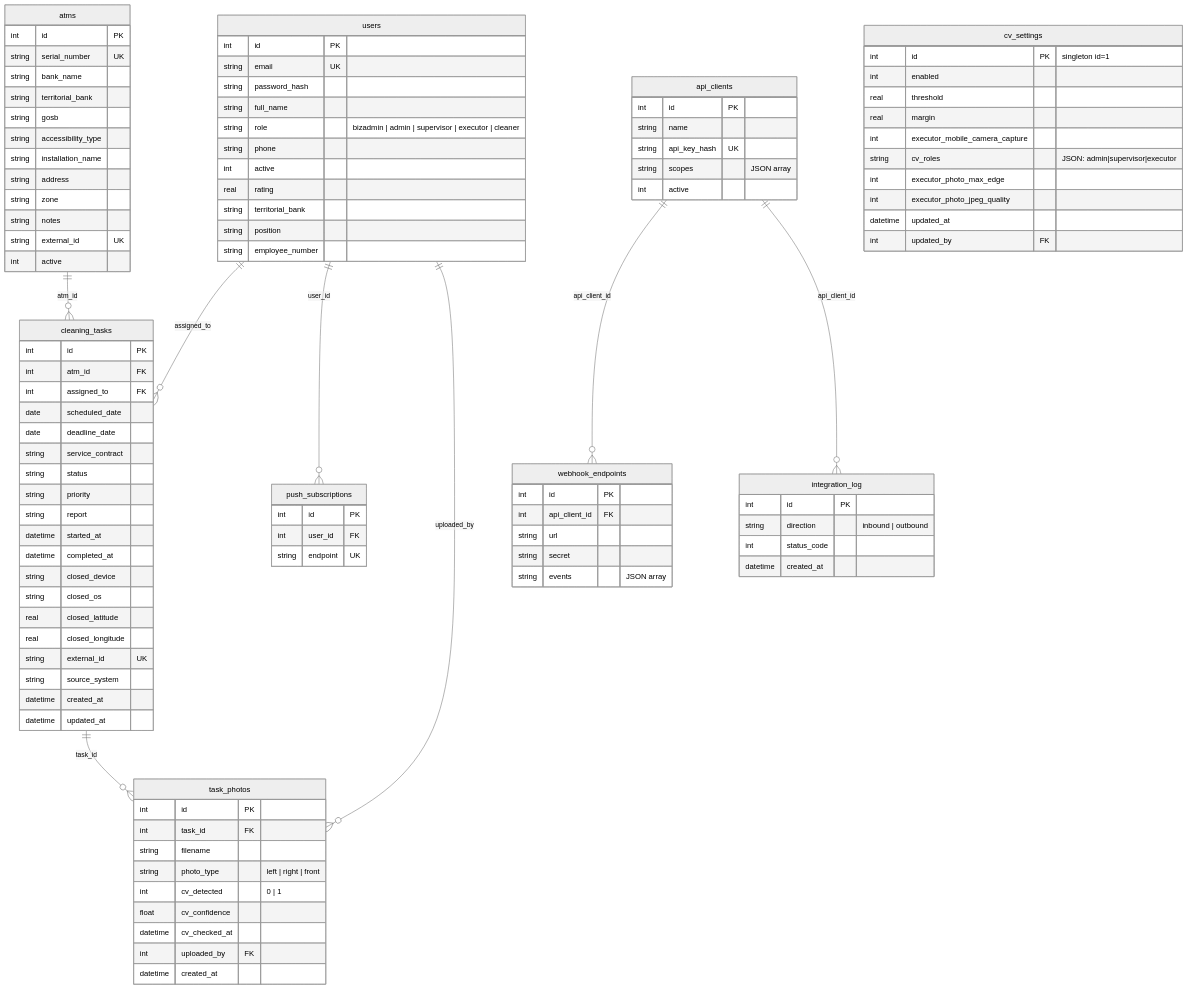
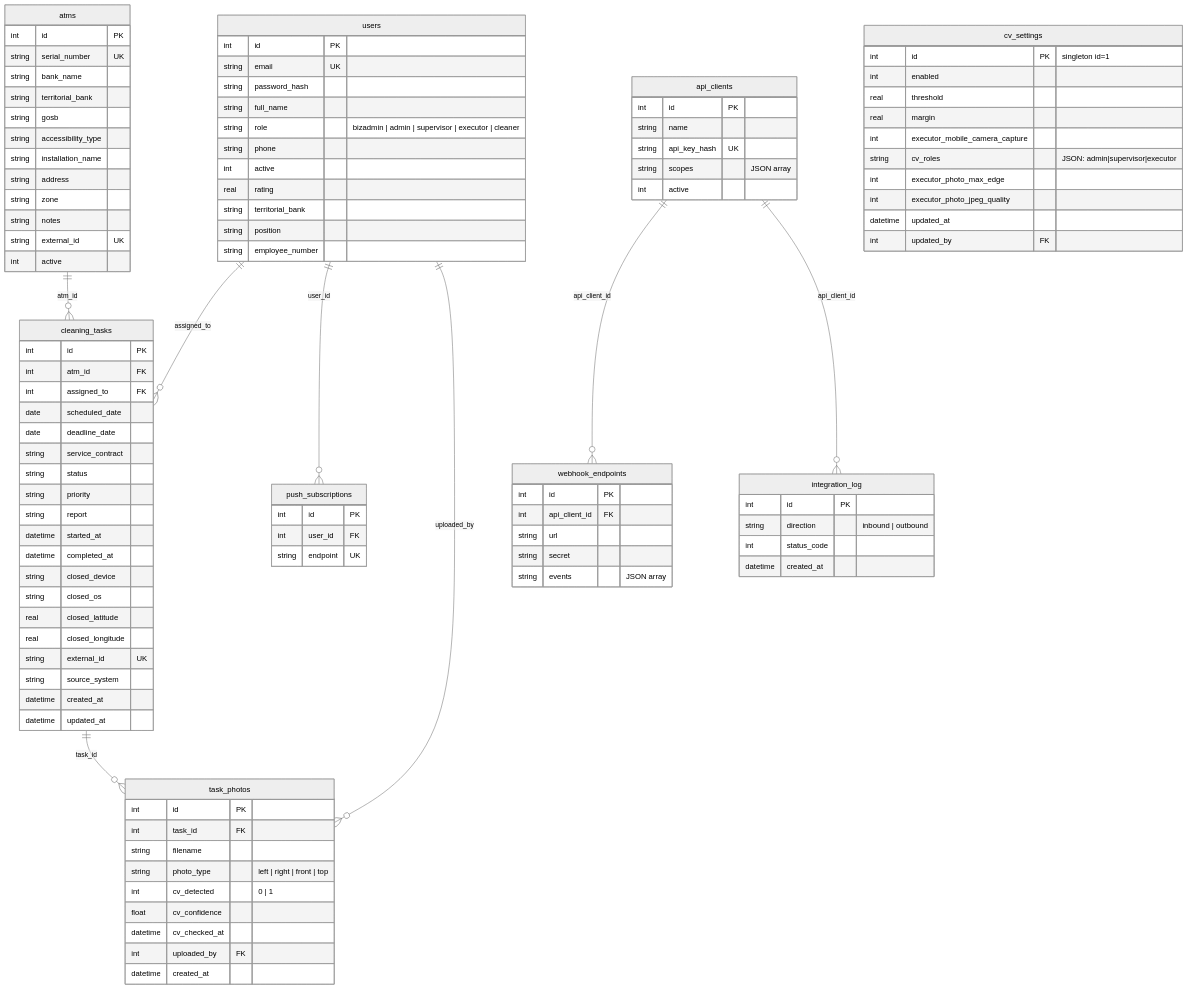
One commit to DjSurfTSI/control-app changed the second of 12 diagrams in ARCHITECTURE.md. Above: the diagram before and after it, drawn with Mermaid (neutral theme). The commit also changed other lines of this file and 16 other files, not shown here.

```diff
--- a/ARCHITECTURE.md
+++ b/ARCHITECTURE.md
@@ -219,7 +219,7 @@
         int id PK
         int task_id FK
         string filename
-        string photo_type "left | right | front"
+        string photo_type "left | right | front | top"
         int cv_detected "0 | 1"
         float cv_confidence
         datetime cv_checked_at
```
